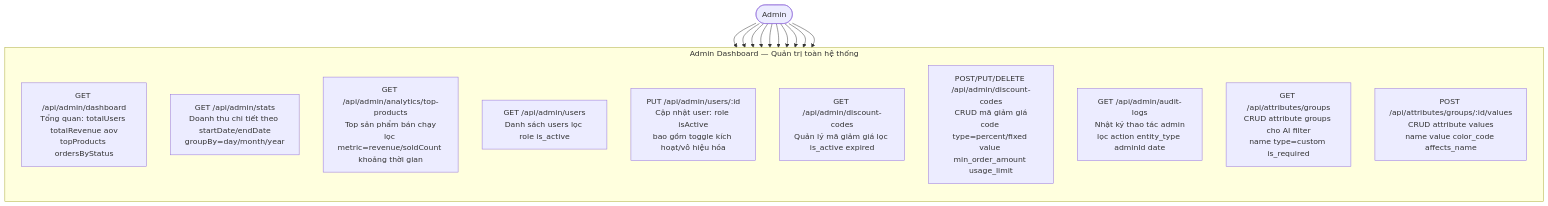
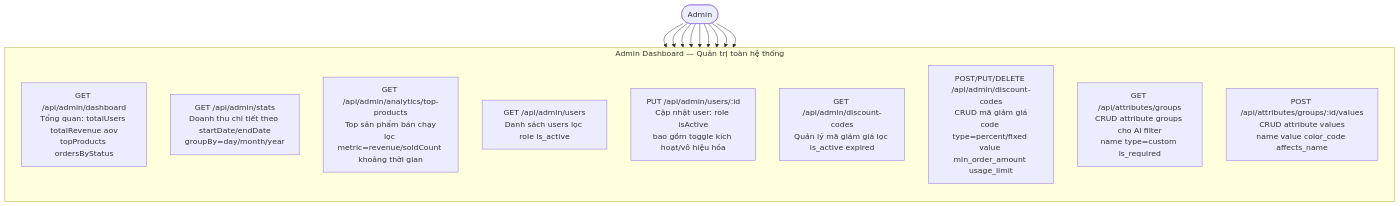
Before and after one commit to MinhThang1009/E-commerce-website: the tenth of 28 diagrams in DIAGRAMS.md, drawn with Mermaid. The commit also changed other lines of this file and 306 other files, not shown here.

````diff
--- a/DIAGRAMS.md
+++ b/DIAGRAMS.md
@@ -364,29 +363,27 @@
 ```mermaid
 flowchart TB
     Admin(["Admin"])
 
     subgraph ADMIN["Admin Dashboard — Quản trị toàn hệ thống"]
         direction TB
         AD1["GET /api/admin/dashboard\nTổng quan: totalUsers totalRevenue aov\ntopProducts ordersByStatus"]
         AD2["GET /api/admin/stats\nDoanh thu chi tiết theo startDate/endDate\ngroupBy=day/month/year"]
         AD3["GET /api/admin/analytics/top-products\nTop sản phẩm bán chạy\nlọc metric=revenue/soldCount khoảng thời gian"]
         AD4["GET /api/admin/users\nDanh sách users lọc role is_active"]
         AD5["PUT /api/admin/users/:id\nCập nhật user: role isActive\nbao gồm toggle kích hoạt/vô hiệu hóa"]
         AD6["GET /api/admin/discount-codes\nQuản lý mã giảm giá lọc is_active expired"]
         AD7["POST/PUT/DELETE /api/admin/discount-codes\nCRUD mã giảm giá\ncode type=percent/fixed value min_order_amount usage_limit"]
-        AD8["GET /api/admin/audit-logs\nNhật ký thao tác admin\nlọc action entity_type adminId date"]
         AD9["GET /api/attributes/groups\nCRUD attribute groups cho AI filter\nname type=custom is_required"]
         AD10["POST /api/attributes/groups/:id/values\nCRUD attribute values\nname value color_code affects_name"]
     end
 
     Admin --> AD1
     Admin --> AD2
     Admin --> AD3
     Admin --> AD4
     Admin --> AD5
     Admin --> AD6
     Admin --> AD7
-    Admin --> AD8
     Admin --> AD9
     Admin --> AD10
 ```
````
